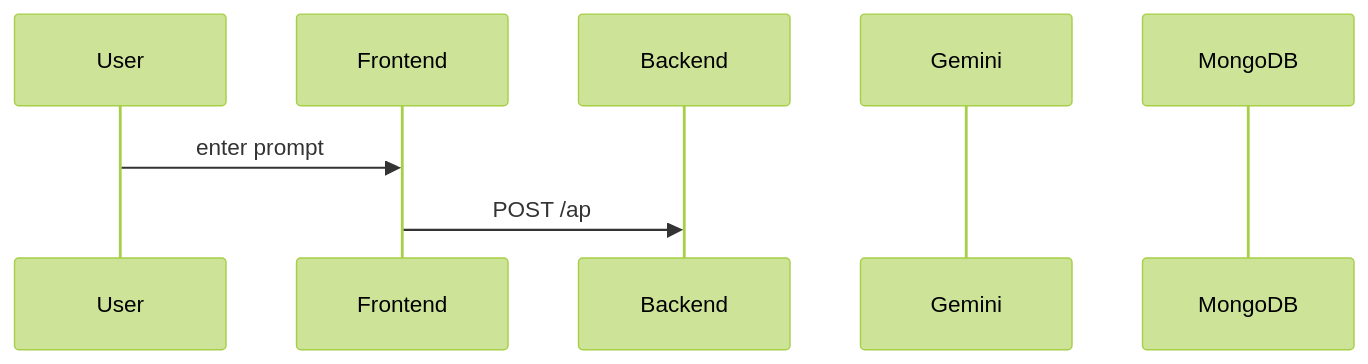
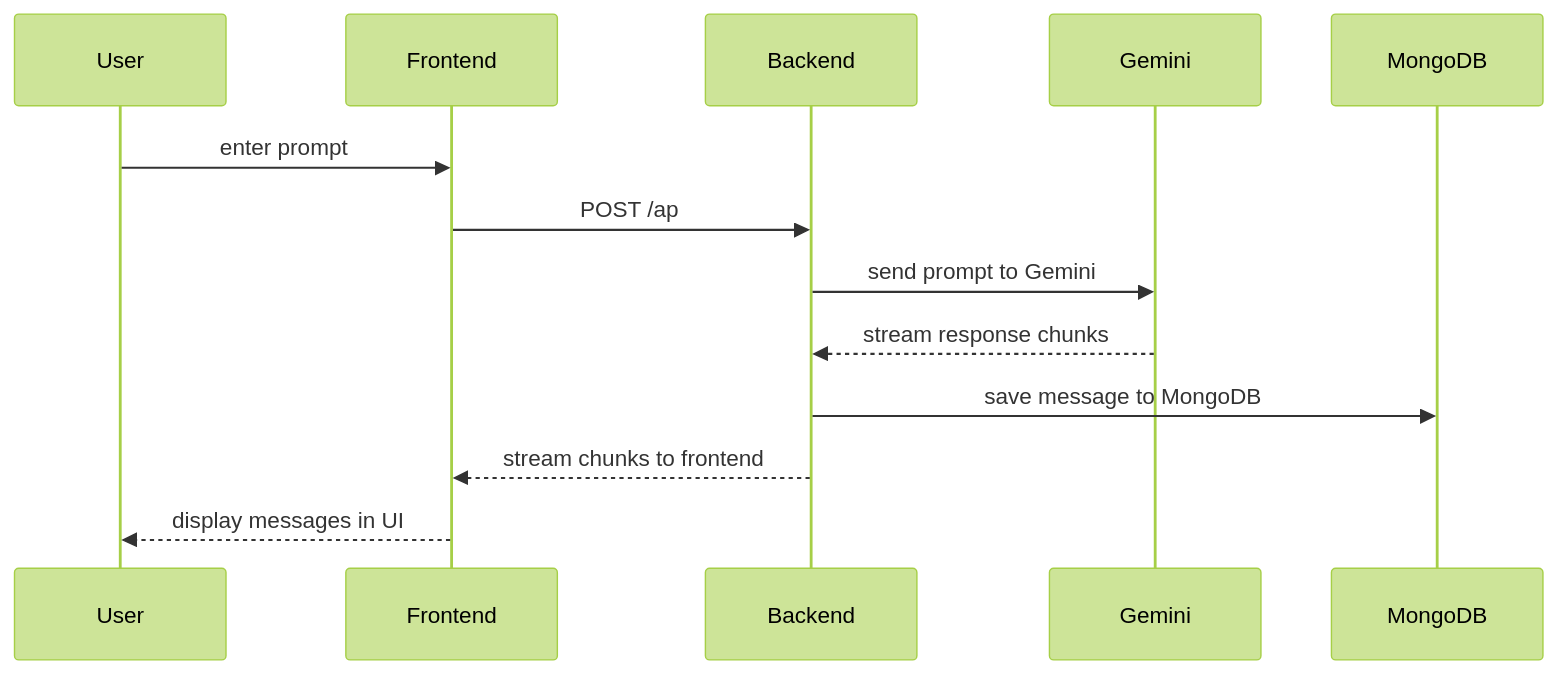
Before and after one commit to AnupamKumar-1/cogniG: the second of 2 diagrams in README.md, drawn with Mermaid (forest theme).

Commit message:
Readme Update

````diff
--- a/README.md
+++ b/README.md
@@ -36,11 +36,16 @@
 ```mermaid
 sequenceDiagram
   participant U as User
   participant F as Frontend
   participant B as Backend
   participant G as Gemini
   participant M as MongoDB
 
   U->>F: enter prompt
   F->>B: POST /ap
+  B->>G: send prompt to Gemini
+  G-->>B: stream response chunks
+  B->>M: save message to MongoDB
+  B-->>F: stream chunks to frontend
+  F-->>U: display messages in UI
 ```
````
